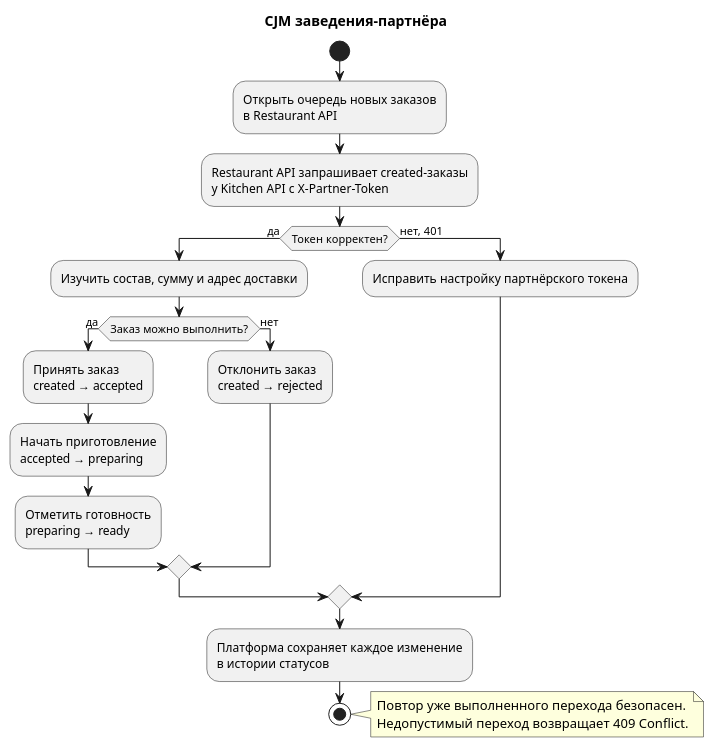
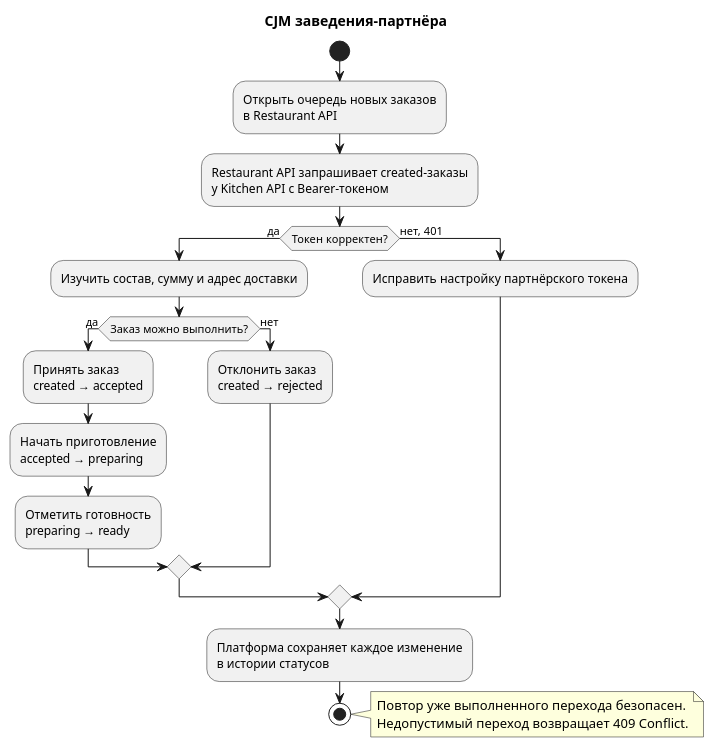
The diagram in docs/cjm-restaurant.puml (khushdil1201/avito_kitchen), drawn with PlantUML before and after one commit. The commit also changed 10 other files, not shown here.

Commit message:
feat: standardize partner bearer authentication

```diff
--- a/docs/cjm-restaurant.puml
+++ b/docs/cjm-restaurant.puml
@@ -1,28 +1,28 @@
 @startuml cjm_restaurant
 title CJM заведения-партнёра
 
 start
 :Открыть очередь новых заказов\nв Restaurant API;
-:Restaurant API запрашивает created-заказы\nу Kitchen API с X-Partner-Token;
+:Restaurant API запрашивает created-заказы\nу Kitchen API с Bearer-токеном;
 
 if (Токен корректен?) then (да)
   :Изучить состав, сумму и адрес доставки;
   if (Заказ можно выполнить?) then (да)
     :Принять заказ\ncreated → accepted;
     :Начать приготовление\naccepted → preparing;
     :Отметить готовность\npreparing → ready;
   else (нет)
     :Отклонить заказ\ncreated → rejected;
   endif
 else (нет, 401)
   :Исправить настройку партнёрского токена;
 endif
 
 :Платформа сохраняет каждое изменение\nв истории статусов;
 stop
 
 note right
   Повтор уже выполненного перехода безопасен.
   Недопустимый переход возвращает 409 Conflict.
 end note
 @enduml
```
